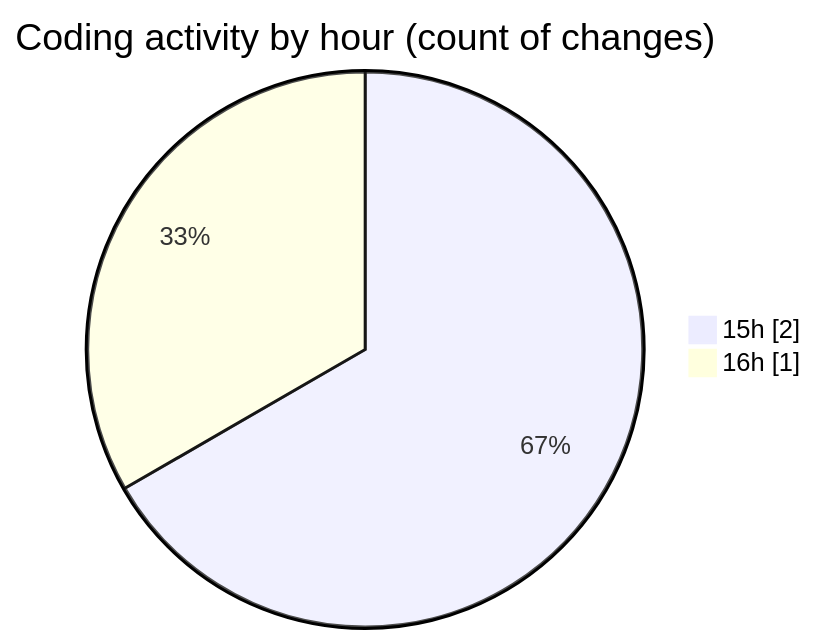
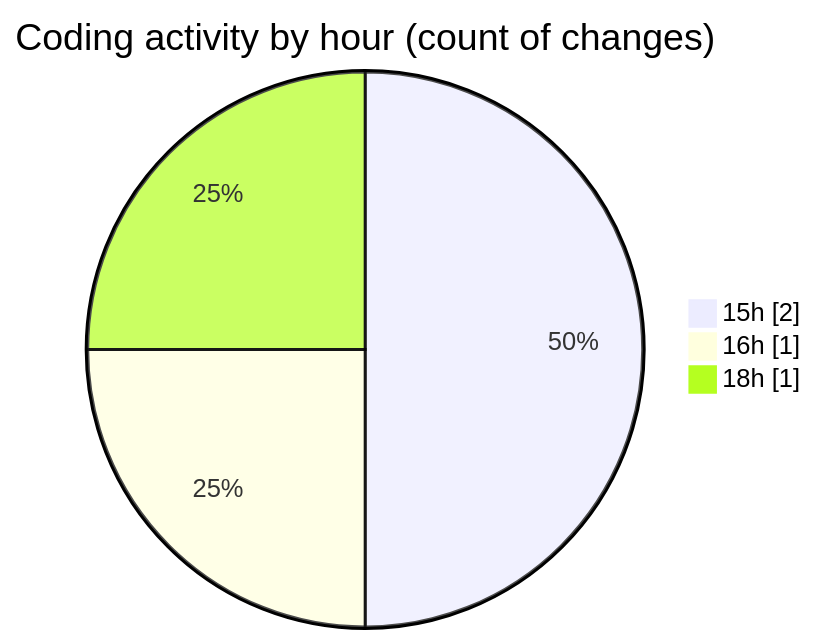
The second of 2 diagrams in 2025-07-24/uc/README.md (EIIisD/code-tracking), drawn with Mermaid before and after one commit. The commit also changed other lines of this file and 1 other file, not shown here.

````diff
--- a/2025-07-24/uc/README.md
+++ b/2025-07-24/uc/README.md
@@ -30,6 +32,7 @@
 ```mermaid
 pie showData
 title Coding activity by hour (count of changes)
 "15h" : 2
 "16h" : 1
+"18h" : 1
 ```
````
